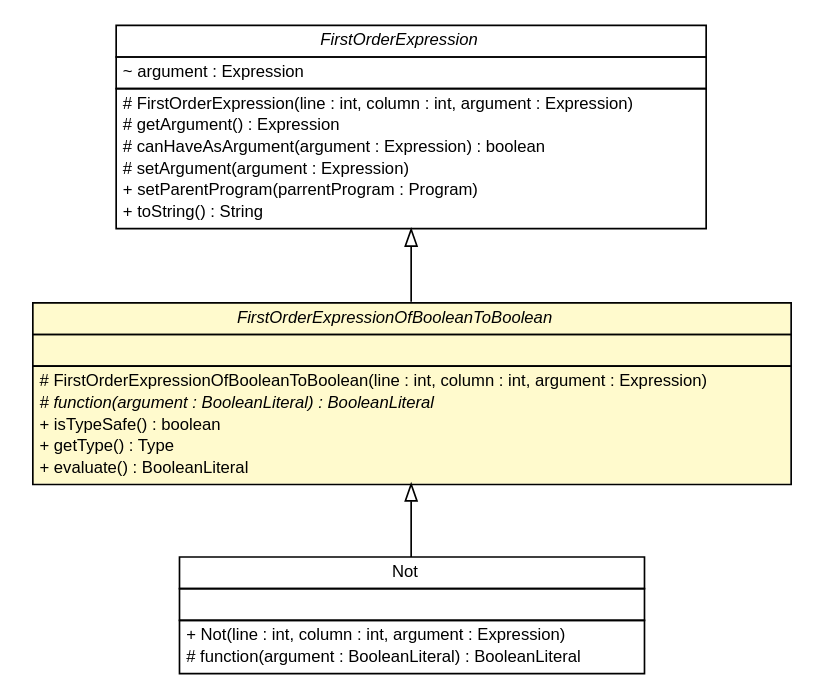
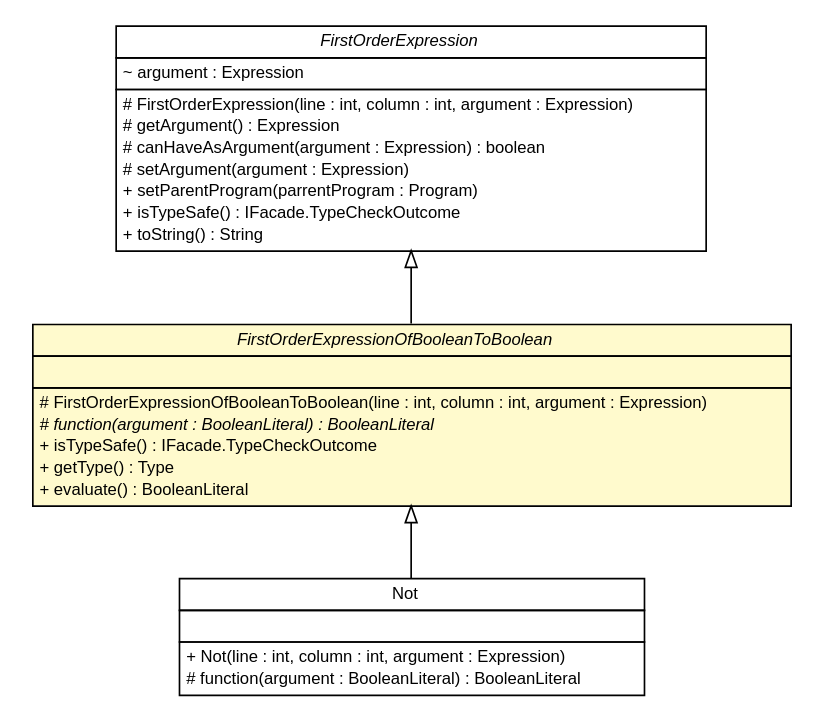
One commit to sinopeus/asteroids changed the diagram in doc/model/programs/parsing/language/expression/first_order/FirstOrderExpressionOfBooleanToBoolean.dot. Above: the diagram before and after it, drawn with Graphviz. The commit also changed 490 other files, not shown here.

Commit message:
Final UML.

```diff
--- a/doc/model/programs/parsing/language/expression/first_order/FirstOrderExpressionOfBooleanToBoolean.dot
+++ b/doc/model/programs/parsing/language/expression/first_order/FirstOrderExpressionOfBooleanToBoolean.dot
@@ -1,62 +1,63 @@
 #!/usr/local/bin/dot
 #
 # Class diagram 
 # Generated by UMLGraph version R5_6 (http://www.umlgraph.org/)
 #
 
 digraph G {
 	edge [fontname="Helvetica",fontsize=10,labelfontname="Helvetica",labelfontsize=10];
 	node [fontname="Helvetica",fontsize=10,shape=plaintext];
 	nodesep=0.25;
 	ranksep=0.5;
 	// model.programs.parsing.language.expression.first_order.FirstOrderExpressionOfBooleanToBoolean
-	c9770 [label=<<table title="model.programs.parsing.language.expression.first_order.FirstOrderExpressionOfBooleanToBoolean" border="0" cellborder="1" cellspacing="0" cellpadding="2" port="p" bgcolor="lemonChiffon" href="./FirstOrderExpressionOfBooleanToBoolean.html">
+	c9769 [label=<<table title="model.programs.parsing.language.expression.first_order.FirstOrderExpressionOfBooleanToBoolean" border="0" cellborder="1" cellspacing="0" cellpadding="2" port="p" bgcolor="lemonChiffon" href="./FirstOrderExpressionOfBooleanToBoolean.html">
 		<tr><td><table border="0" cellspacing="0" cellpadding="1">
 <tr><td align="center" balign="center"><font face="Helvetica-Oblique"> FirstOrderExpressionOfBooleanToBoolean </font></td></tr>
 		</table></td></tr>
 		<tr><td><table border="0" cellspacing="0" cellpadding="1">
 <tr><td align="left" balign="left">  </td></tr>
 		</table></td></tr>
 		<tr><td><table border="0" cellspacing="0" cellpadding="1">
 <tr><td align="left" balign="left"> # FirstOrderExpressionOfBooleanToBoolean(line : int, column : int, argument : Expression) </td></tr>
 <tr><td align="left" balign="left"><font face="Helvetica-Oblique" point-size="10.0"> # function(argument : BooleanLiteral) : BooleanLiteral </font></td></tr>
-<tr><td align="left" balign="left"> + isTypeSafe() : boolean </td></tr>
+<tr><td align="left" balign="left"> + isTypeSafe() : IFacade.TypeCheckOutcome </td></tr>
 <tr><td align="left" balign="left"> + getType() : Type </td></tr>
 <tr><td align="left" balign="left"> + evaluate() : BooleanLiteral </td></tr>
 		</table></td></tr>
 		</table>>, URL="./FirstOrderExpressionOfBooleanToBoolean.html", fontname="Helvetica", fontcolor="black", fontsize=10.0];
 	// model.programs.parsing.language.expression.first_order.FirstOrderExpression
-	c9775 [label=<<table title="model.programs.parsing.language.expression.first_order.FirstOrderExpression" border="0" cellborder="1" cellspacing="0" cellpadding="2" port="p" href="./FirstOrderExpression.html">
+	c9774 [label=<<table title="model.programs.parsing.language.expression.first_order.FirstOrderExpression" border="0" cellborder="1" cellspacing="0" cellpadding="2" port="p" href="./FirstOrderExpression.html">
 		<tr><td><table border="0" cellspacing="0" cellpadding="1">
 <tr><td align="center" balign="center"><font face="Helvetica-Oblique"> FirstOrderExpression </font></td></tr>
 		</table></td></tr>
 		<tr><td><table border="0" cellspacing="0" cellpadding="1">
 <tr><td align="left" balign="left"> ~ argument : Expression </td></tr>
 		</table></td></tr>
 		<tr><td><table border="0" cellspacing="0" cellpadding="1">
 <tr><td align="left" balign="left"> # FirstOrderExpression(line : int, column : int, argument : Expression) </td></tr>
 <tr><td align="left" balign="left"> # getArgument() : Expression </td></tr>
 <tr><td align="left" balign="left"> # canHaveAsArgument(argument : Expression) : boolean </td></tr>
 <tr><td align="left" balign="left"> # setArgument(argument : Expression) </td></tr>
 <tr><td align="left" balign="left"> + setParentProgram(parrentProgram : Program) </td></tr>
+<tr><td align="left" balign="left"> + isTypeSafe() : IFacade.TypeCheckOutcome </td></tr>
 <tr><td align="left" balign="left"> + toString() : String </td></tr>
 		</table></td></tr>
 		</table>>, URL="./FirstOrderExpression.html", fontname="Helvetica", fontcolor="black", fontsize=10.0];
 	// model.programs.parsing.language.expression.first_order.Not
-	c9779 [label=<<table title="model.programs.parsing.language.expression.first_order.Not" border="0" cellborder="1" cellspacing="0" cellpadding="2" port="p" href="./Not.html">
+	c9778 [label=<<table title="model.programs.parsing.language.expression.first_order.Not" border="0" cellborder="1" cellspacing="0" cellpadding="2" port="p" href="./Not.html">
 		<tr><td><table border="0" cellspacing="0" cellpadding="1">
 <tr><td align="center" balign="center"> Not </td></tr>
 		</table></td></tr>
 		<tr><td><table border="0" cellspacing="0" cellpadding="1">
 <tr><td align="left" balign="left">  </td></tr>
 		</table></td></tr>
 		<tr><td><table border="0" cellspacing="0" cellpadding="1">
 <tr><td align="left" balign="left"> + Not(line : int, column : int, argument : Expression) </td></tr>
 <tr><td align="left" balign="left"> # function(argument : BooleanLiteral) : BooleanLiteral </td></tr>
 		</table></td></tr>
 		</table>>, URL="./Not.html", fontname="Helvetica", fontcolor="black", fontsize=10.0];
 	//model.programs.parsing.language.expression.first_order.FirstOrderExpressionOfBooleanToBoolean extends model.programs.parsing.language.expression.first_order.FirstOrderExpression
-	c9775:p -> c9770:p [dir=back,arrowtail=empty];
+	c9774:p -> c9769:p [dir=back,arrowtail=empty];
 	//model.programs.parsing.language.expression.first_order.Not extends model.programs.parsing.language.expression.first_order.FirstOrderExpressionOfBooleanToBoolean
-	c9770:p -> c9779:p [dir=back,arrowtail=empty];
+	c9769:p -> c9778:p [dir=back,arrowtail=empty];
 }
```
